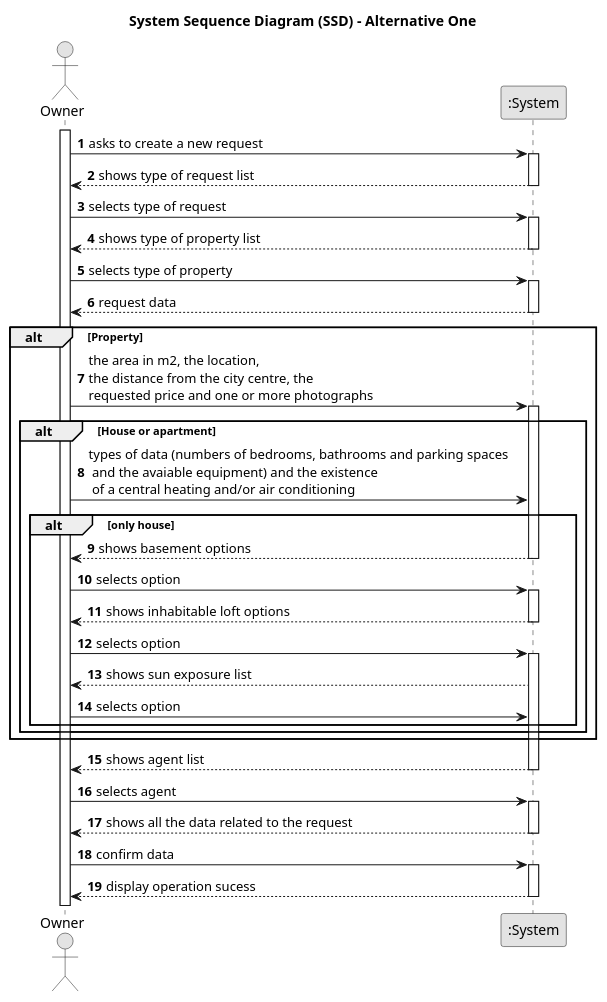
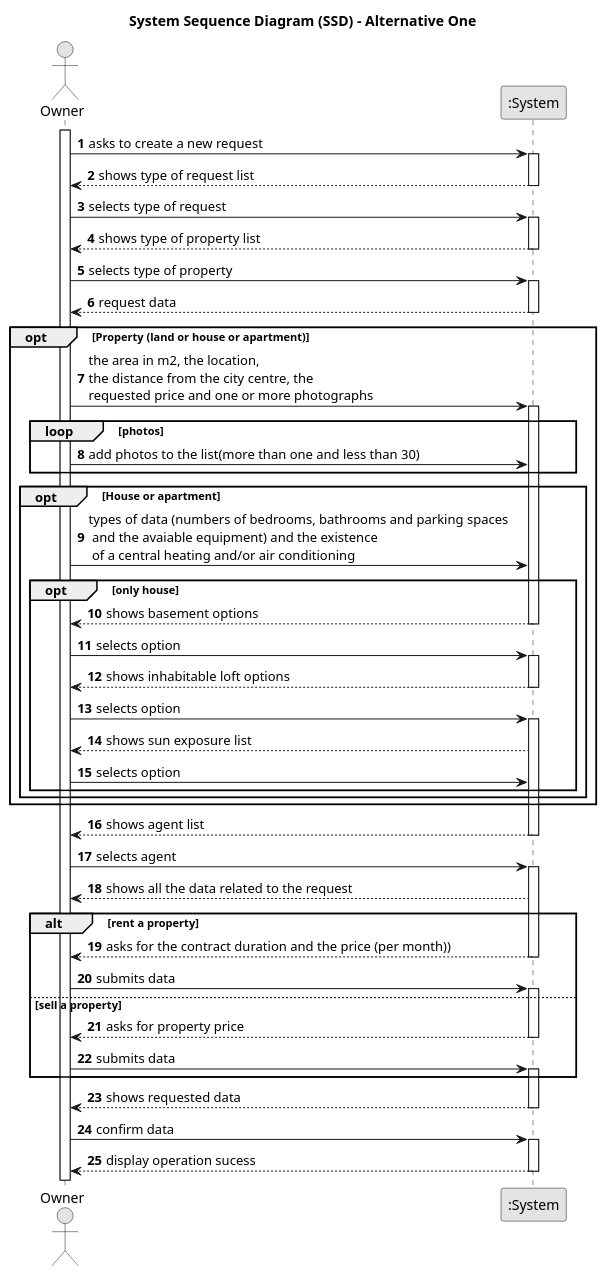
One commit to Rodrick0209/ISEP-LAPR2-22-23 changed the diagram in docs/Sprint-A/US004/01.requirements-engineering/puml/us004-system-sequence-diagram-alternative-one.puml. Above: the diagram before and after it, drawn with PlantUML. The commit also changed 1 other file, not shown here.

```diff
--- a/docs/Sprint-A/US004/01.requirements-engineering/puml/us004-system-sequence-diagram-alternative-one.puml
+++ b/docs/Sprint-A/US004/01.requirements-engineering/puml/us004-system-sequence-diagram-alternative-one.puml
@@ -1,89 +1,110 @@
 @startuml
 skinparam monochrome true
 skinparam packageStyle rectangle
 skinparam shadowing false
 
 title System Sequence Diagram (SSD) - Alternative One
 
 autonumber
 
 actor "Owner" as Employee
 participant ":System" as System
 
 activate Employee
 
     Employee -> System : asks to create a new request
     activate System
 
         System --> Employee : shows type of request list
     deactivate System
 
     Employee -> System : selects type of request
     activate System
 
         System --> Employee : shows type of property list
 
     deactivate System
 
     Employee -> System : selects type of property
 
     activate System
 
         System --> Employee : request data
     deactivate System
 
 
-alt Property
+opt Property (land or house or apartment)
 
    Employee -> System : the area in m2, the location,\nthe distance from the city centre, the\nrequested price and one or more photographs
     activate System
-alt House or apartment
+
+    loop photos
+    Employee -> System : add photos to the list(more than one and less than 30)
+    end
+opt House or apartment
 
     Employee -> System : types of data (numbers of bedrooms, bathrooms and parking spaces \n and the avaiable equipment) and the existence \n of a central heating and/or air conditioning
 
 
-alt only house
+opt only house
 
 
 
             System --> Employee : shows basement options
       deactivate System
 
       Employee -> System : selects option
+
+
 
       activate System
 
             System --> Employee : shows inhabitable loft options
       deactivate System
 
       Employee -> System :  selects option
 
       activate System
 
             System --> Employee :shows sun exposure list
 
       Employee -> System :selects option
 end
 end
 end
 
      activate System
 
         System --> Employee : shows agent list
     deactivate System
 
     Employee -> System :  selects agent
 
      activate System
 
         System --> Employee : shows all the data related to the request
+
+
+
+     alt rent a property
+        System --> Employee : asks for the contract duration and the price (per month))
      deactivate System
+        Employee -> System : submits data
+        activate System
+     else       sell a property
+        System --> Employee : asks for property price
+        deactivate System
+        Employee -> System : submits data
+        activate System
 
+     end
+
+     System --> Employee: shows requested data
+     deactivate System
      Employee -> System : confirm data
-
      activate System
 
             System --> Employee : display operation sucess
      deactivate System
 
 @enduml
```
